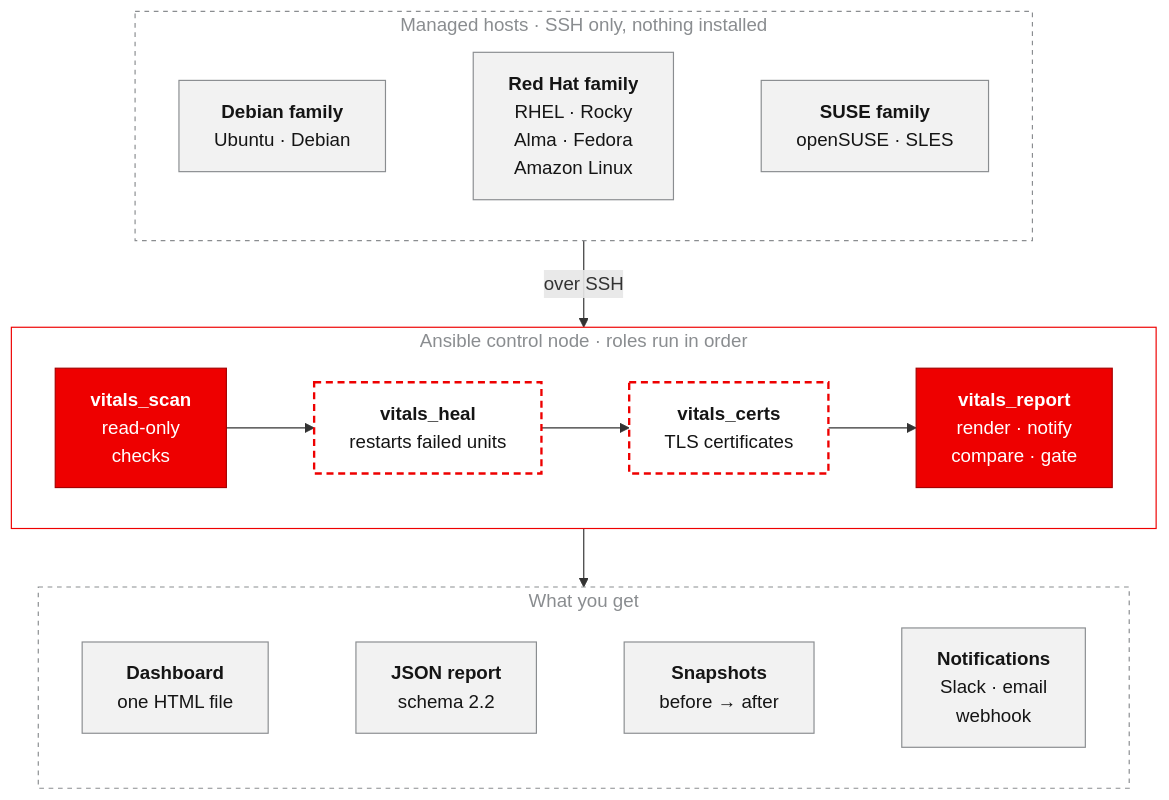
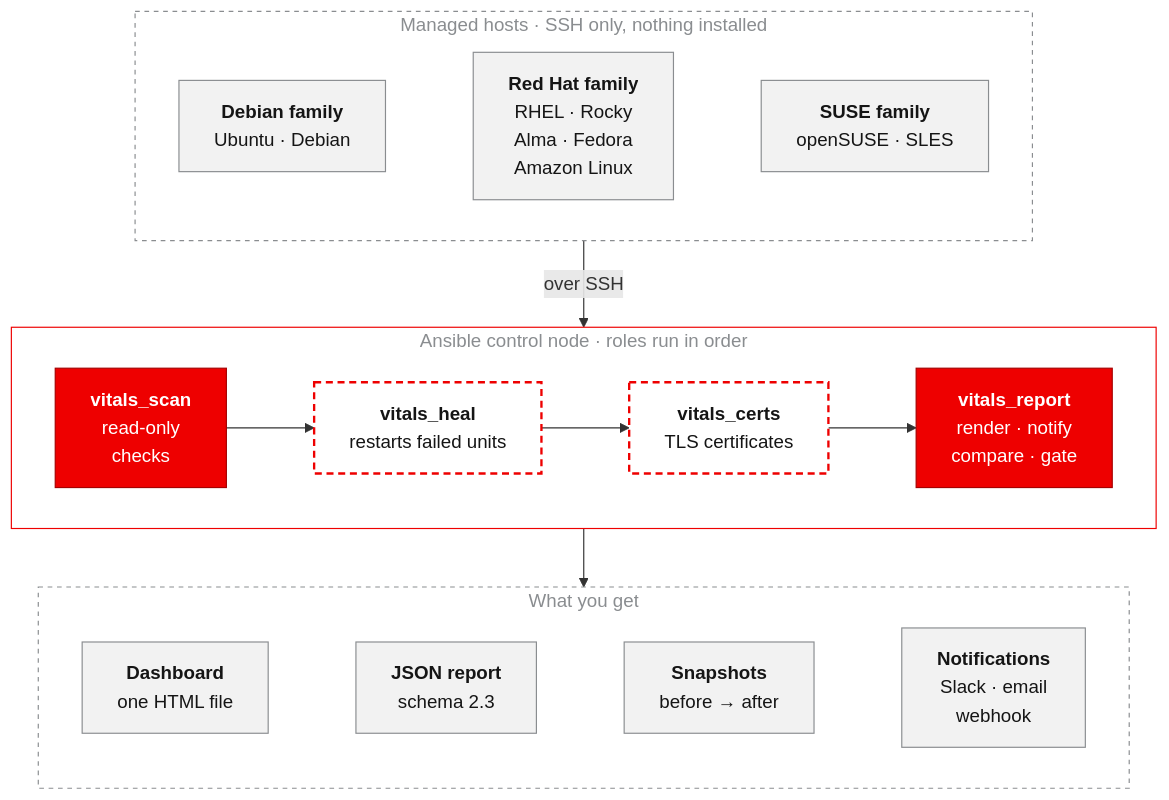
One commit to sameeralam3127/linux-vitals changed the diagram in README.md. Above: the diagram before and after it, drawn with Mermaid. The commit also changed other lines of this file and 50 other files, not shown here.

````diff
--- a/README.md
+++ b/README.md
@@ -341,41 +369,41 @@
 ```mermaid
 flowchart TB
     subgraph FLEET["Managed hosts · SSH only, nothing installed"]
         direction LR
         DEB["<b>Debian family</b><br/>Ubuntu · Debian"]
         RH["<b>Red Hat family</b><br/>RHEL · Rocky<br/>Alma · Fedora<br/>Amazon Linux"]
         SUSE["<b>SUSE family</b><br/>openSUSE · SLES"]
         DEB ~~~ RH ~~~ SUSE
     end
 
     subgraph ROLES["Ansible control node · roles run in order"]
         direction LR
         SCAN["<b>vitals_scan</b><br/>read-only<br/>checks"]
         HEAL["<b>vitals_heal</b><br/>restarts failed units"]
         CERTS["<b>vitals_certs</b><br/>TLS certificates"]
         REPORT["<b>vitals_report</b><br/>render · notify<br/>compare · gate"]
         SCAN --> HEAL --> CERTS --> REPORT
     end
 
     subgraph OUT["What you get"]
         direction LR
         HTML["<b>Dashboard</b><br/>one HTML file"]
-        JSON["<b>JSON report</b><br/>schema 2.2"]
+        JSON["<b>JSON report</b><br/>schema 2.3"]
         SNAP["<b>Snapshots</b><br/>before → after"]
         MSG["<b>Notifications</b><br/>Slack · email<br/>webhook"]
         HTML ~~~ JSON ~~~ SNAP ~~~ MSG
     end
 
     FLEET -->|"over SSH"| ROLES
     ROLES --> OUT
 
     classDef core fill:#ee0000,stroke:#a60000,color:#ffffff
     classDef optin fill:#ffffff,stroke:#ee0000,stroke-width:2px,stroke-dasharray:6 4,color:#151515
     classDef item fill:#f2f2f2,stroke:#8a8d90,color:#151515
     class SCAN,REPORT core
     class HEAL,CERTS optin
     class DEB,RH,SUSE,HTML,JSON,SNAP,MSG item
     style ROLES fill:none,stroke:#ee0000,stroke-width:1px,color:#8a8d90
     style FLEET fill:none,stroke:#8a8d90,stroke-dasharray:4 4,color:#8a8d90
     style OUT fill:none,stroke:#8a8d90,stroke-dasharray:4 4,color:#8a8d90
 ```
````
